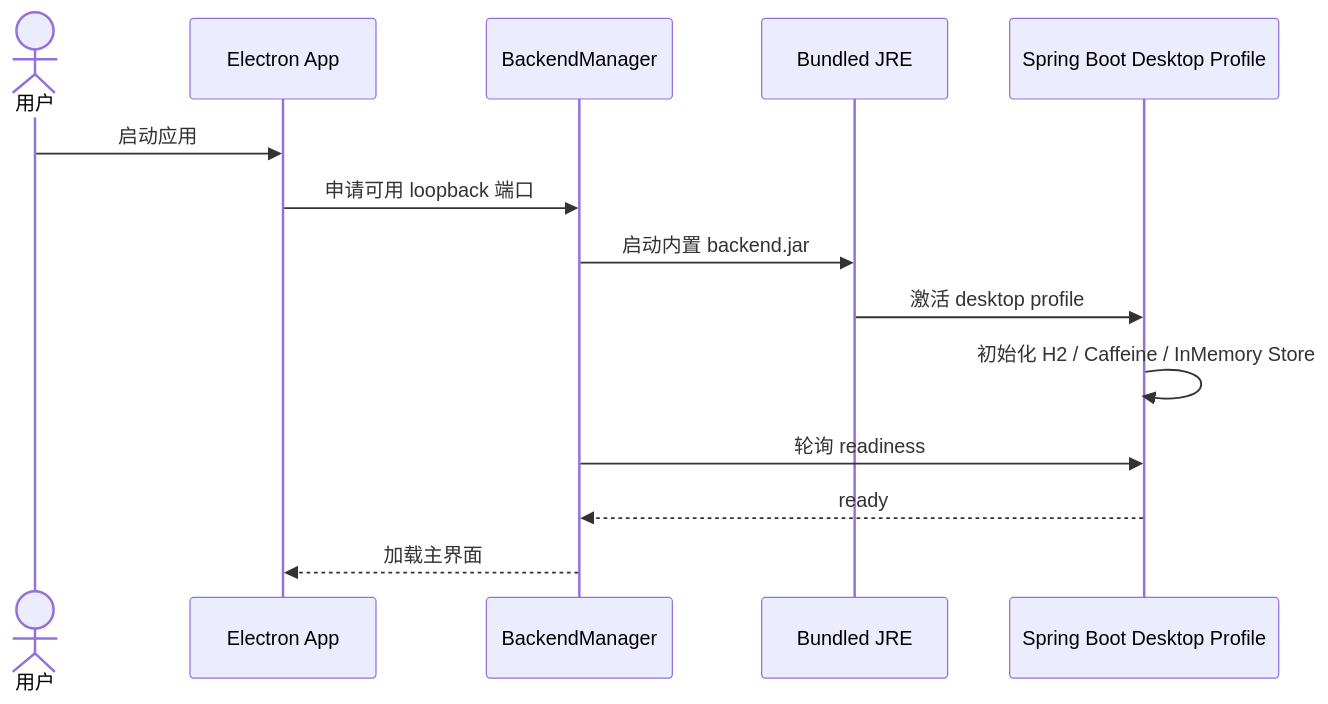
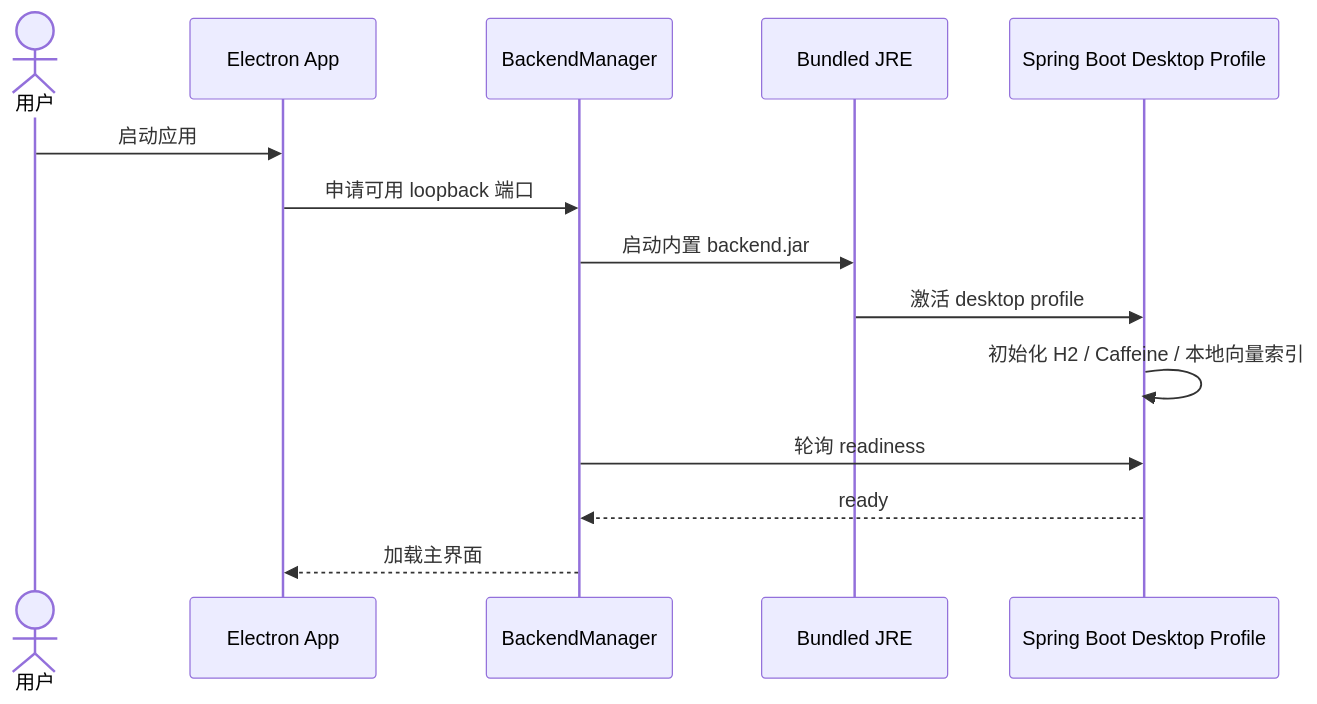
One commit to lqq151510/Ai-Agent changed the sixth of 6 diagrams in PROJECT_SHOWCASE.md. Above: the diagram before and after it, drawn with Mermaid. The commit also changed other lines of this file and 5 other files, not shown here.

````diff
--- a/PROJECT_SHOWCASE.md
+++ b/PROJECT_SHOWCASE.md
@@ -165,17 +165,17 @@
 ```mermaid
 sequenceDiagram
     actor User as 用户
     participant App as Electron App
     participant Manager as BackendManager
     participant Java as Bundled JRE
     participant API as Spring Boot Desktop Profile
 
     User->>App: 启动应用
     App->>Manager: 申请可用 loopback 端口
     Manager->>Java: 启动内置 backend.jar
     Java->>API: 激活 desktop profile
-    API->>API: 初始化 H2 / Caffeine / InMemory Store
+    API->>API: 初始化 H2 / Caffeine / 本地向量索引
     Manager->>API: 轮询 readiness
     API-->>Manager: ready
     Manager-->>App: 加载主界面
 ```
````
